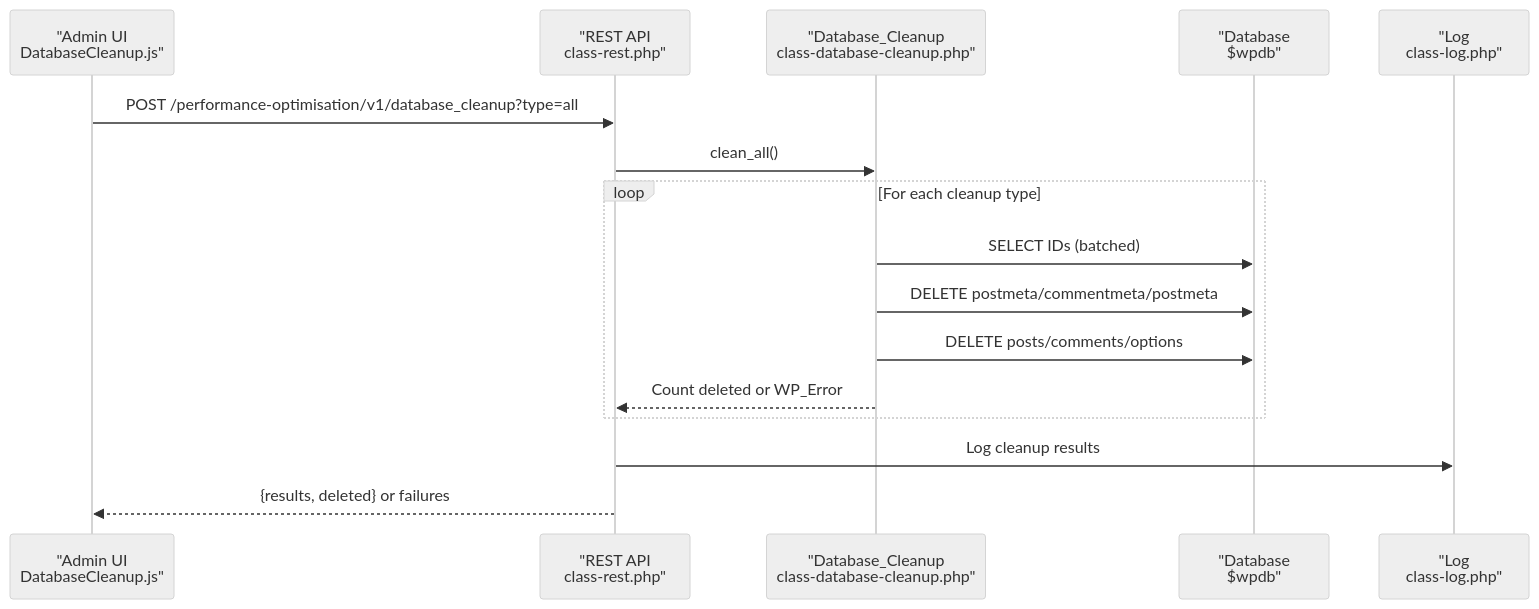
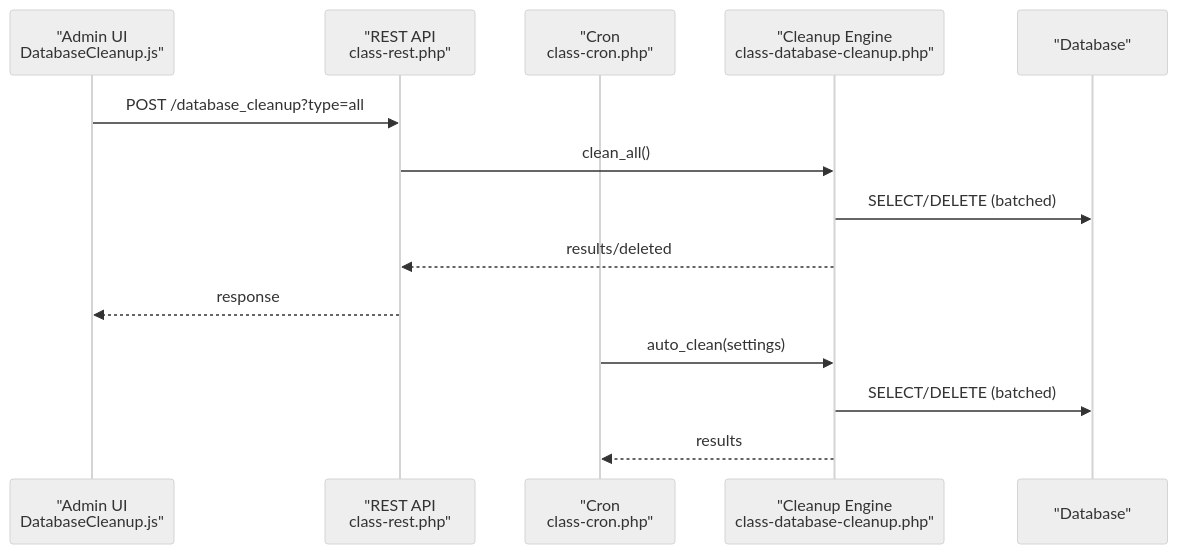
One commit to nilesh32236/performance-optimisation changed the second of 5 diagrams in .qoder/repowiki/en/content/Database Management/Automated Cleanup Processes.md. Above: the diagram before and after it, drawn with Mermaid (neutral theme). The commit also changed other lines of this file and 46 other files, not shown here.

````diff
--- a/.qoder/repowiki/en/content/Database Management/Automated Cleanup Processes.md
+++ b/.qoder/repowiki/en/content/Database Management/Automated Cleanup Processes.md
@@ -86,18 +89,16 @@
 ```mermaid
 sequenceDiagram
 participant Admin as "Admin UI<br/>DatabaseCleanup.js"
 participant REST as "REST API<br/>class-rest.php"
-participant DC as "Database_Cleanup<br/>class-database-cleanup.php"
-participant DB as "Database<br/>$wpdb"
-participant LOG as "Log<br/>class-log.php"
-Admin->>REST : POST /performance-optimisation/v1/database_cleanup?type=all
-REST->>DC : clean_all()
-loop For each cleanup type
-DC->>DB : SELECT IDs (batched)
-DC->>DB : DELETE postmeta/commentmeta/postmeta
-DC->>DB : DELETE posts/comments/options
-DC-->>REST : Count deleted or WP_Error
-end
-REST->>LOG : Log cleanup results
-REST-->>Admin : {results, deleted} or failures
+participant CRON as "Cron<br/>class-cron.php"
+participant CLEAN as "Cleanup Engine<br/>class-database-cleanup.php"
+participant DB as "Database"
+Admin->>REST : POST /database_cleanup?type=all
+REST->>CLEAN : clean_all()
+CLEAN->>DB : SELECT/DELETE (batched)
+CLEAN-->>REST : results/deleted
+REST-->>Admin : response
+CRON->>CLEAN : auto_clean(settings)
+CLEAN->>DB : SELECT/DELETE (batched)
+CLEAN-->>CRON : results
 ```
````
